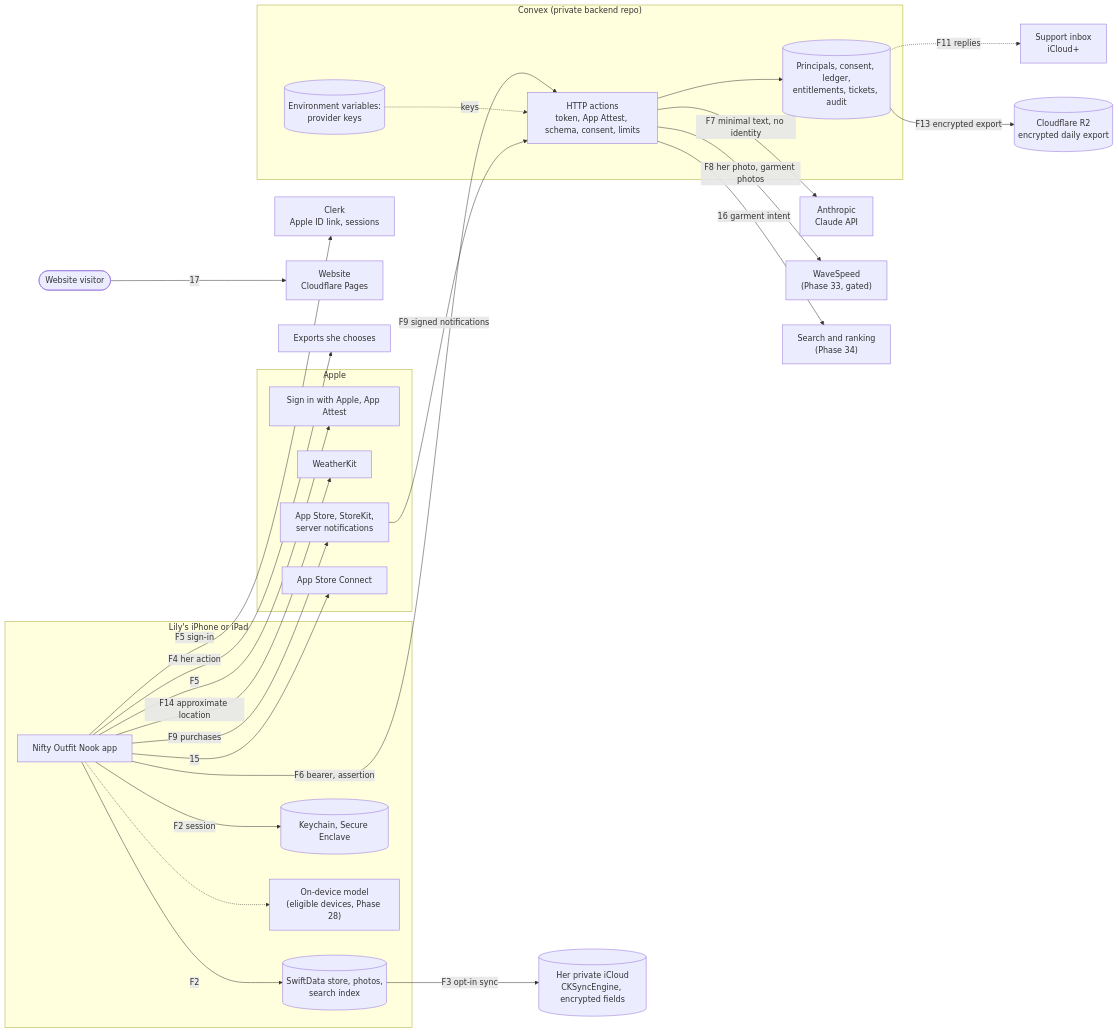
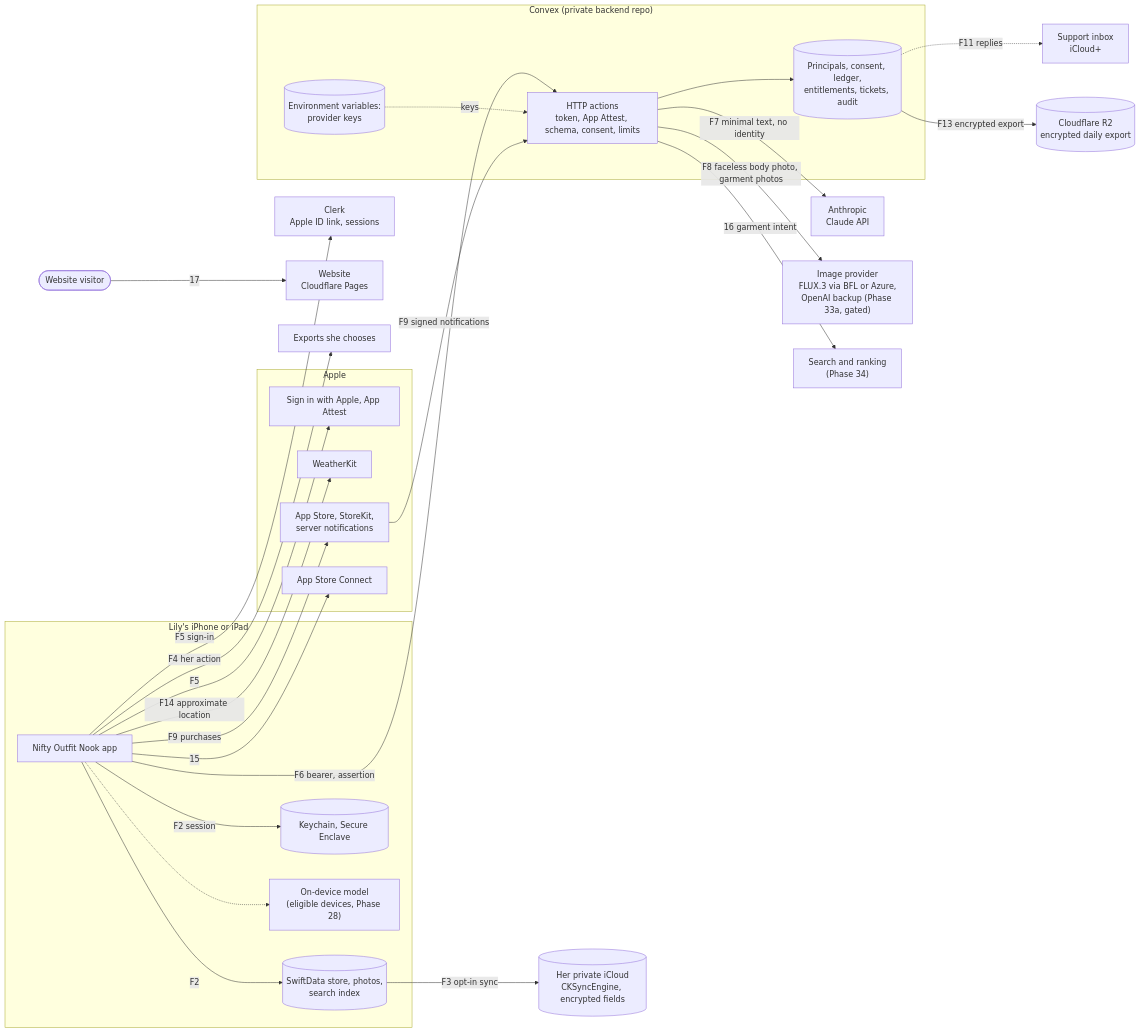
One commit to jsayram/closet changed the diagram in DATA_MAP.md. Above: the diagram before and after it, drawn with Mermaid. The commit also changed other lines of this file and 4 other files, not shown here.

````diff
--- a/DATA_MAP.md
+++ b/DATA_MAP.md
@@ -206,56 +221,56 @@
 ```mermaid
 flowchart LR
     subgraph Phone["Lily's iPhone or iPad"]
         App["Nifty Outfit Nook app"]
         Store[("SwiftData store, photos,<br/>search index")]
         KC[("Keychain, Secure Enclave")]
         FM["On-device model<br/>(eligible devices, Phase 28)"]
     end
 
     iCloud[("Her private iCloud<br/>CKSyncEngine, encrypted fields")]
     Clerk["Clerk<br/>Apple ID link, sessions"]
 
     subgraph Convex["Convex (private backend repo)"]
         GW["HTTP actions<br/>token, App Attest, schema, consent, limits"]
         DB[("Principals, consent, ledger,<br/>entitlements, tickets, audit")]
         Env[("Environment variables:<br/>provider keys")]
     end
 
     Claude["Anthropic<br/>Claude API"]
-    WS["WaveSpeed<br/>(Phase 33, gated)"]
+    WS["Image provider<br/>FLUX.3 via BFL or Azure,<br/>OpenAI backup (Phase 33a, gated)"]
     Search["Search and ranking<br/>(Phase 34)"]
     R2[("Cloudflare R2<br/>encrypted daily export")]
 
     subgraph Apple["Apple"]
         SIWA["Sign in with Apple, App Attest"]
         Weather["WeatherKit"]
         StoreKit["App Store, StoreKit,<br/>server notifications"]
         ASC["App Store Connect"]
     end
 
     Inbox["Support inbox<br/>iCloud+"]
     Web["Website<br/>Cloudflare Pages"]
     Out["Exports she chooses"]
     Visitor(["Website visitor"])
 
     App -- "F2" --> Store
     App -- "F2 session" --> KC
     App -.-> FM
     Store -- "F3 opt-in sync" --> iCloud
     App -- "F4 her action" --> Out
     App -- "F5" --> SIWA
     App -- "F5 sign-in" --> Clerk
     App -- "F6 bearer, assertion" --> GW
     GW --> DB
     Env -. keys .-> GW
     GW -- "F7 minimal text, no identity" --> Claude
-    GW -- "F8 her photo, garment photos" --> WS
+    GW -- "F8 faceless body photo, garment photos" --> WS
     GW -- "16 garment intent" --> Search
     StoreKit -- "F9 signed notifications" --> GW
     App -- "F9 purchases" --> StoreKit
     DB -. "F11 replies" .-> Inbox
     DB -- "F13 encrypted export" --> R2
     App -- "F14 approximate location" --> Weather
     App -- "15" --> ASC
     Visitor -- "17" --> Web
 ```
````
